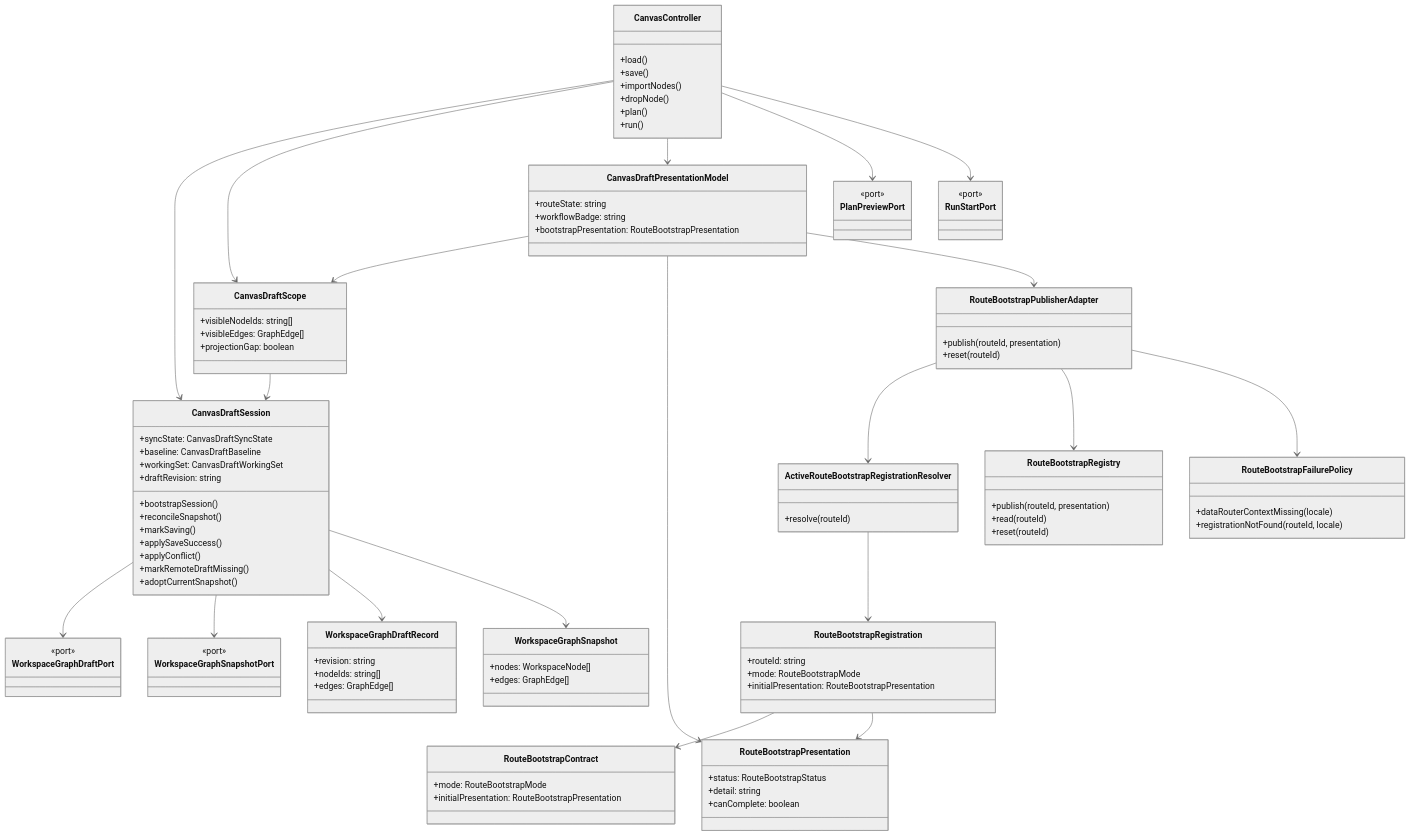
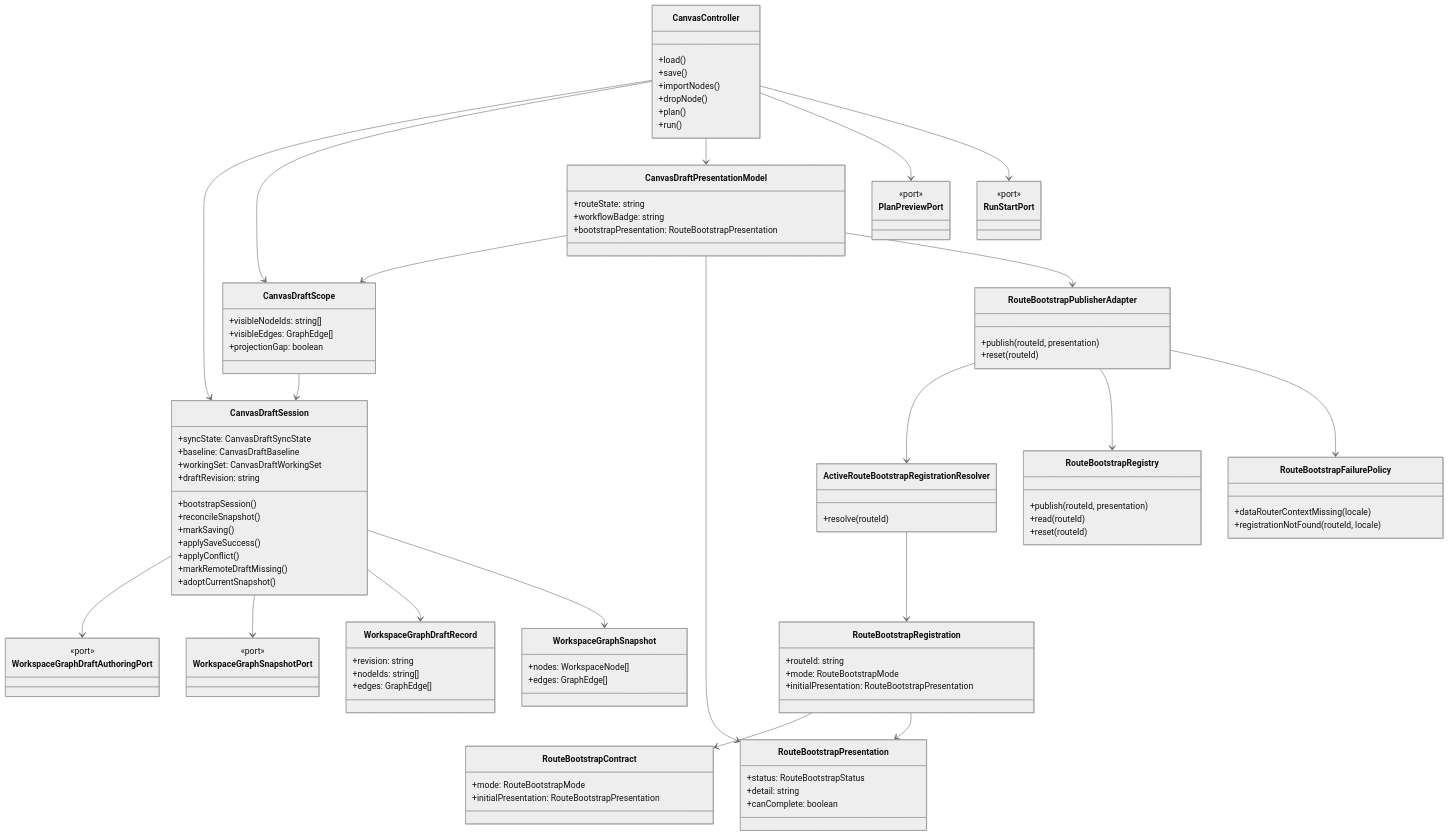
Before and after one commit to dunay2/dvt: the fourth of 9 diagrams in docs/planning/proposals/mandatory/frontend-and-ux/tf-e2-canvas-target-architecture-execution-plan-20260417.md, drawn with Mermaid (neutral theme). The commit also changed other lines of this file and 42 other files, not shown here.

Commit message:
refactor(web): Hard-cut canvas typed authoring port

```diff
--- a/docs/planning/proposals/mandatory/frontend-and-ux/tf-e2-canvas-target-architecture-execution-plan-20260417.md
+++ b/docs/planning/proposals/mandatory/frontend-and-ux/tf-e2-canvas-target-architecture-execution-plan-20260417.md
@@ -515,7 +551,7 @@
     <<port>>
   }
 
-  class WorkspaceGraphDraftPort {
+  class WorkspaceGraphDraftAuthoringPort {
     <<port>>
   }
 
@@ -528,7 +564,7 @@
   CanvasController --> CanvasDraftPresentationModel
   CanvasController --> PlanPreviewPort
   CanvasController --> RunStartPort
-  CanvasDraftSession --> WorkspaceGraphDraftPort
+  CanvasDraftSession --> WorkspaceGraphDraftAuthoringPort
   CanvasDraftSession --> WorkspaceGraphSnapshotPort
   CanvasDraftSession --> WorkspaceGraphDraftRecord
   CanvasDraftSession --> WorkspaceGraphSnapshot
```
